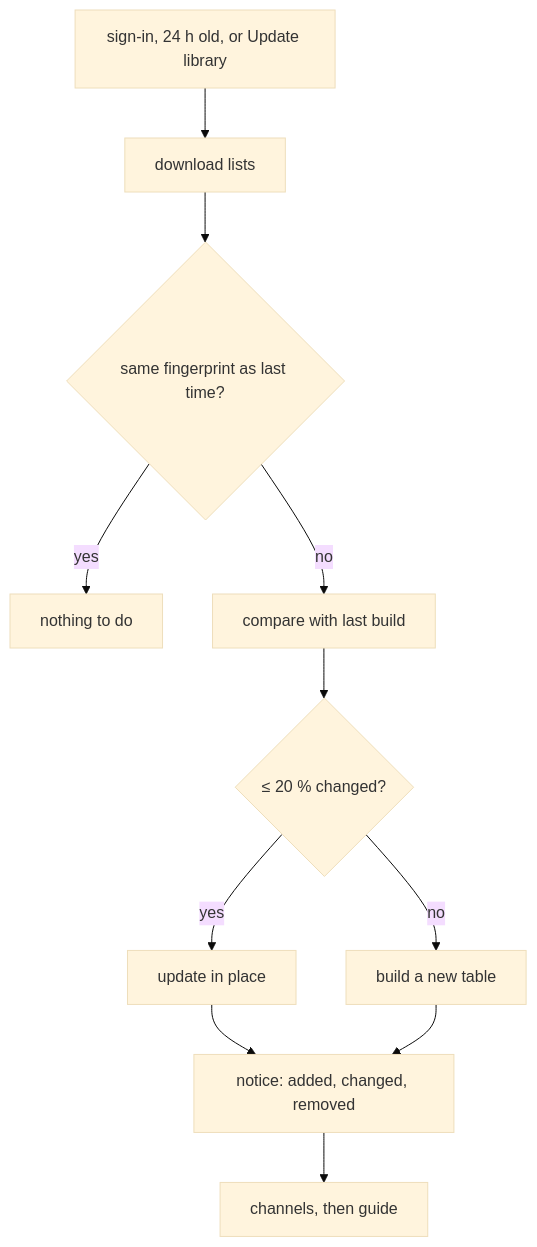
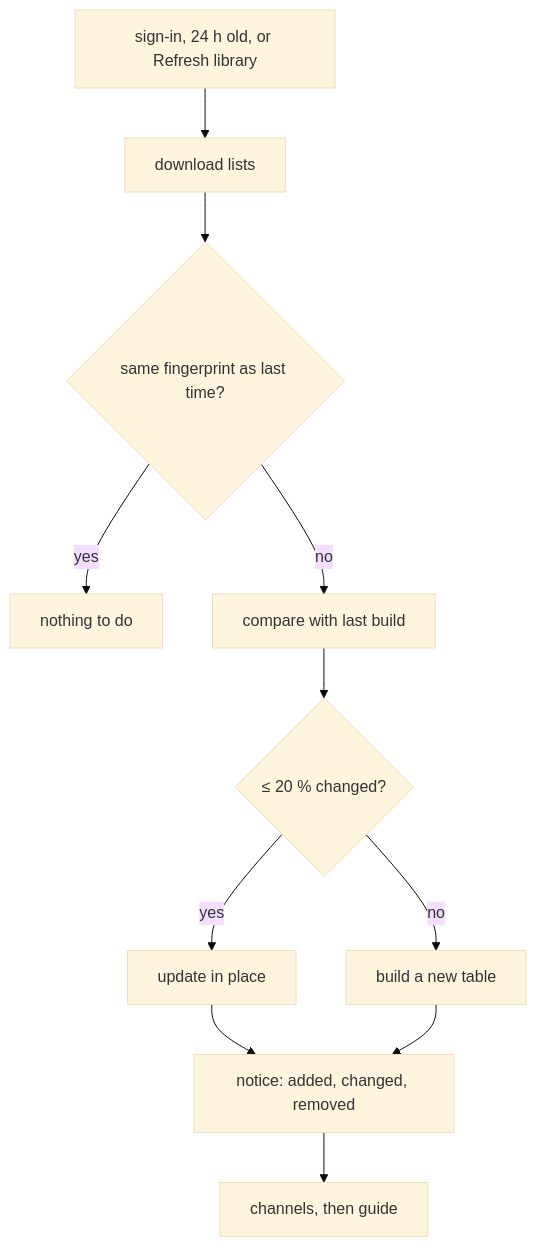
One commit to brunoccst/iptv-player changed the sixth of 44 diagrams in documentation/FEATURES-TECHNICAL.md. Above: the diagram before and after it, drawn with Mermaid (base theme). The commit also changed 221 other files, not shown here.

````diff
--- a/documentation/FEATURES-TECHNICAL.md
+++ b/documentation/FEATURES-TECHNICAL.md
@@ -105,12 +105,12 @@
 ```mermaid
 flowchart TD
-  T["sign-in, 24 h old, or Update library"] --> D[download lists]
+  T["sign-in, 24 h old, or Refresh library"] --> D[download lists]
   D --> F{same fingerprint as last time?}
   F -->|yes| N[nothing to do]
   F -->|no| C[compare with last build]
   C --> I{"≤ 20 % changed?"}
   I -->|yes| P[update in place]
   I -->|no| R[build a new table]
   P & R --> M["notice: added, changed, removed"]
   M --> L[channels, then guide]
 ```
````
